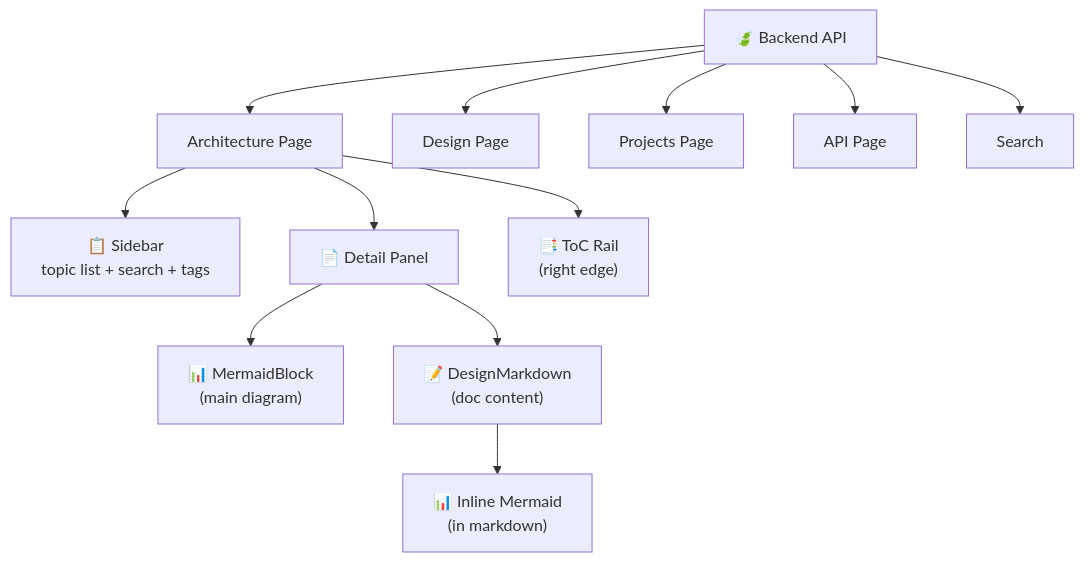
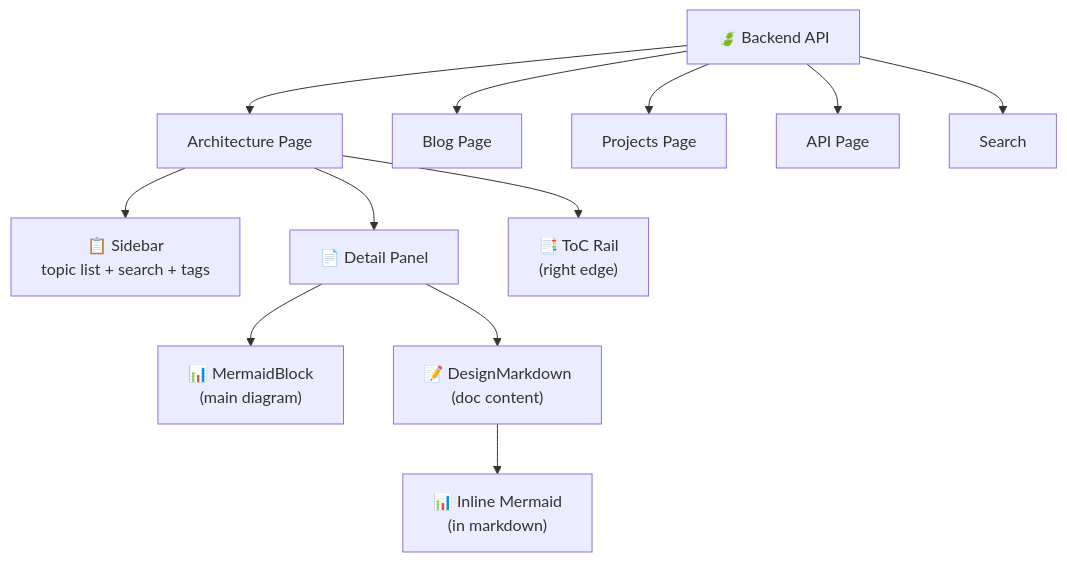
One commit to AndDev741/Beyou-docs-ui changed the sixth of 6 diagrams in architecture/docs-system/en.md. Above: the diagram before and after it, drawn with Mermaid. The commit also changed other lines of this file and 12 other files, not shown here.

Commit message:
feat: rename design to blog, add first blog post (building-auth-system)

````diff
--- a/architecture/docs-system/en.md
+++ b/architecture/docs-system/en.md
@@ -259,16 +259,16 @@
 ```mermaid
 flowchart TD
   API["🍃 Backend API"]
   API --> ARCH["Architecture Page"]
-  API --> DES["Design Page"]
+  API --> DES["Blog Page"]
   API --> PROJ["Projects Page"]
   API --> APIP["API Page"]
   API --> SRCH["Search"]
 
   ARCH --> SB["📋 Sidebar<br/>topic list + search + tags"]
   ARCH --> DET["📄 Detail Panel"]
   DET --> MB["📊 MermaidBlock<br/>(main diagram)"]
   DET --> DM["📝 DesignMarkdown<br/>(doc content)"]
   DM --> IMD["📊 Inline Mermaid<br/>(in markdown)"]
   ARCH --> TOC["📑 ToC Rail<br/>(right edge)"]
 ```
````
